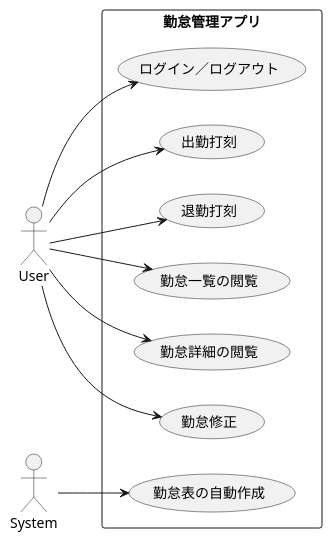
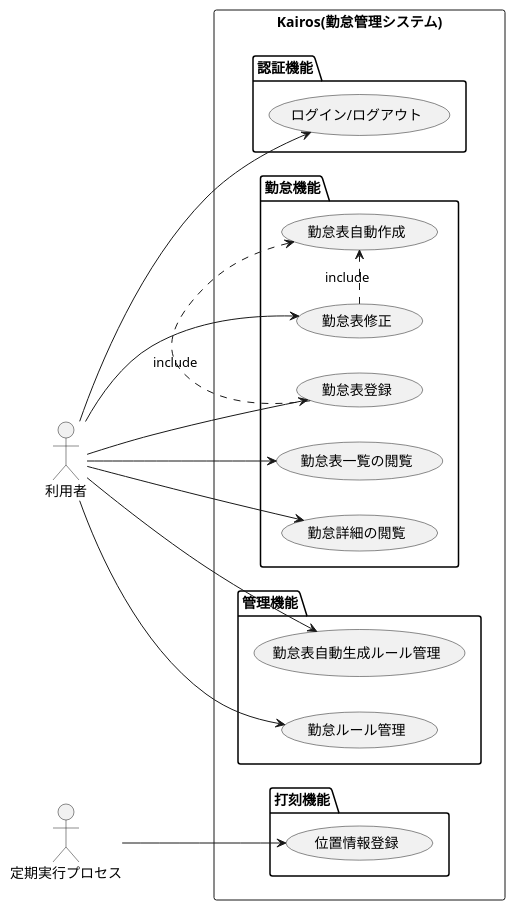
One commit to okanikani223/kairos changed the diagram in docs/usecase-diagrams/usecase.puml. Above: the diagram before and after it, drawn with PlantUML.

Commit message:
docs: ユースケース図修正

```diff
--- a/docs/usecase-diagrams/usecase.puml
+++ b/docs/usecase-diagrams/usecase.puml
@@ -1,17 +1,38 @@
-@startuml
+@startuml Kairosユースケース
 left to right direction
 
-actor User
-actor System
+actor "利用者" as User
+actor "定期実行プロセス" as AutoProcess 
 
-rectangle "勤怠管理アプリ" {
-    User --> (ログイン／ログアウト)
-    User --> (出勤打刻)
-    User --> (退勤打刻)
-    User --> (勤怠一覧の閲覧)
-    User --> (勤怠詳細の閲覧)
-    User --> (勤怠修正)
-    System --> (勤怠表の自動作成)
+rectangle "Kairos(勤怠管理システム)" {
+    package "認証機能" {
+        (ログイン/ログアウト) as LoginLogout
+    }
+    package "勤怠機能" {
+          (勤怠表一覧の閲覧) as ViewReport
+          (勤怠詳細の閲覧) as ViewReportDetail
+          (勤怠表修正) as EditReport
+          (勤怠表登録) as RegisterReport
+          (勤怠表自動作成) as AutoCreateReport
+    }
+    package "打刻機能" {
+        (位置情報登録) as RegisterLocations
+    }
+    package "管理機能" {
+        (勤怠ルール管理) as ManageWorlRules
+        (勤怠表自動生成ルール管理) as ManageReportCreationRules
+    }
 }
 
+User --> LoginLogout
+User --> ViewReport
+User --> ViewReportDetail
+User --> EditReport
+User --> RegisterReport
+User --> ManageWorlRules
+EditReport .> AutoCreateReport : include
+RegisterReport .> AutoCreateReport : include
+User --> ManageReportCreationRules
+AutoProcess --> RegisterLocations
+
 @enduml
```
